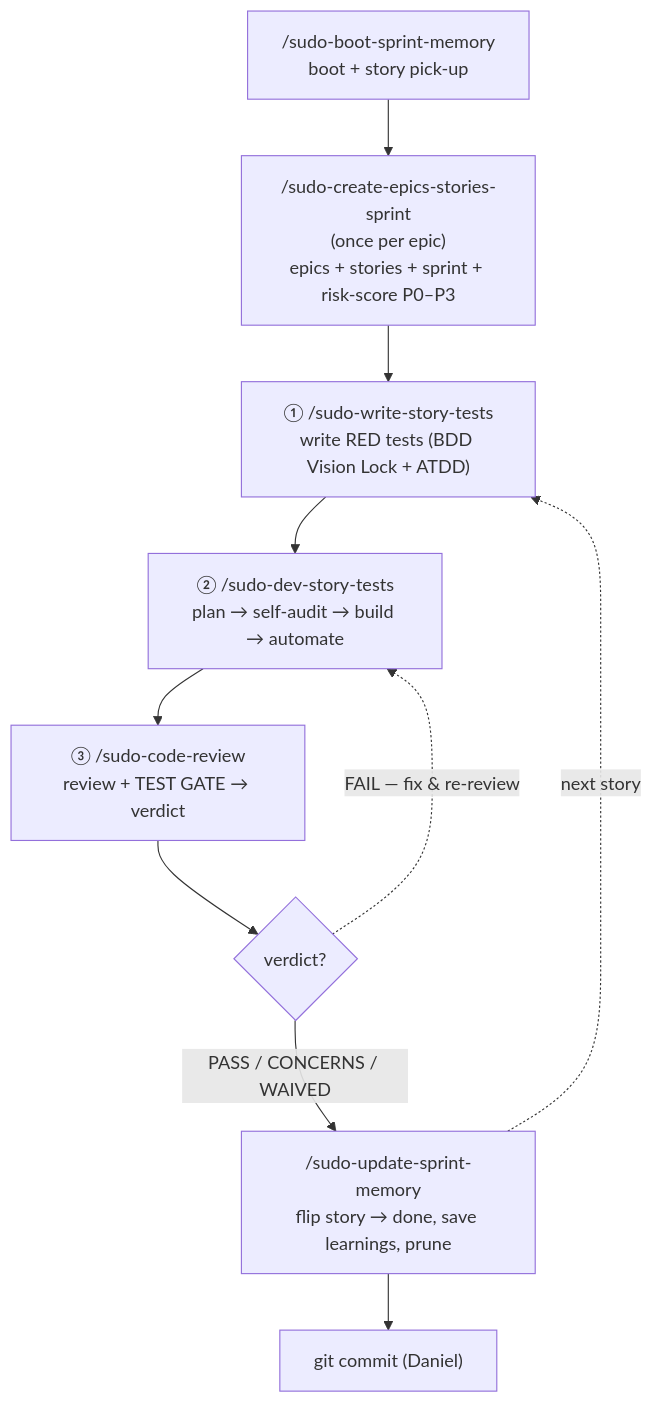
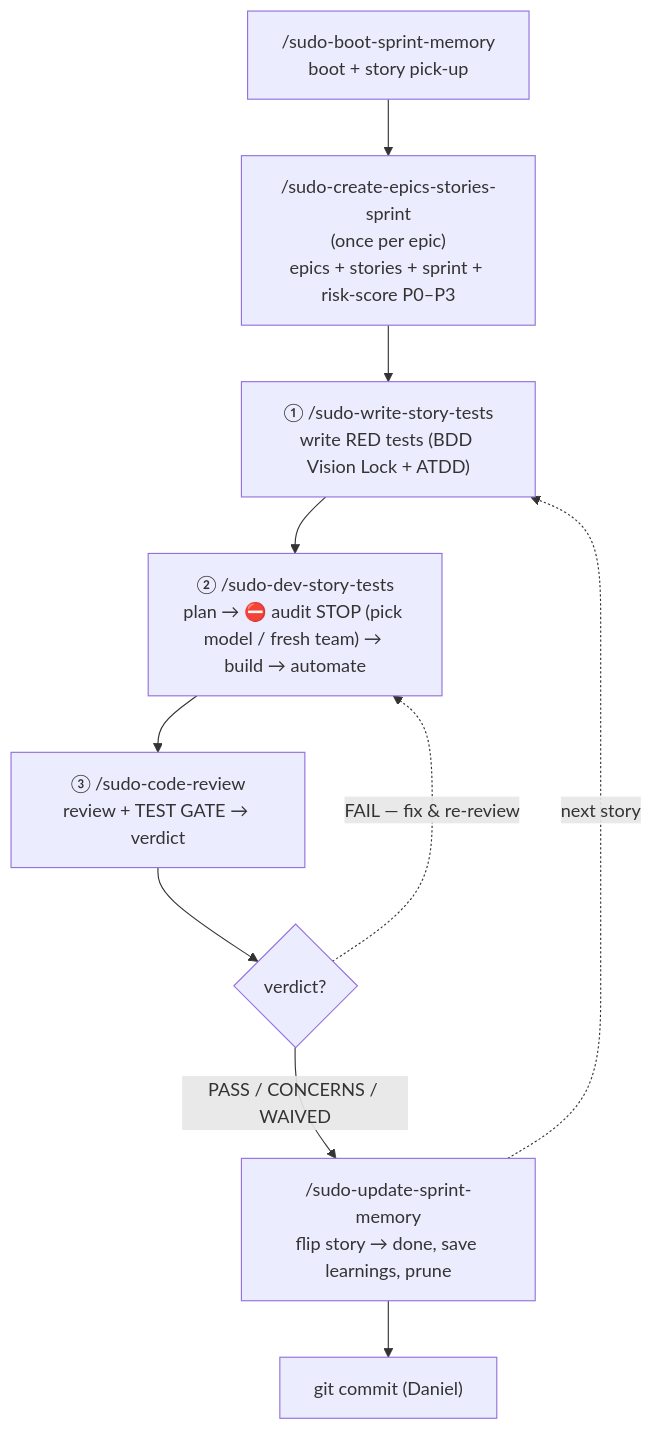
The second of 3 diagrams in _my_resources/diagrams_guides/workflows_tea_testing/sudo_workflows_testing.md (sudomadhatter/Sudo_Hatter_Command), drawn with Mermaid before and after one commit. The commit also changed other lines of this file and 15 other files, not shown here.

Commit message:
feat: add BDD and dev story test workflow commands and documentation for autopilot and manual execution

````diff
--- a/_my_resources/diagrams_guides/workflows_tea_testing/sudo_workflows_testing.md
+++ b/_my_resources/diagrams_guides/workflows_tea_testing/sudo_workflows_testing.md
@@ -596,12 +620,12 @@
 ```mermaid
 flowchart TD
     BOOT["/sudo-boot-sprint-memory<br/>boot + story pick-up"] --> KICK["/sudo-create-epics-stories-sprint<br/>(once per epic)<br/>epics + stories + sprint + risk-score P0–P3"]
     KICK --> W["① /sudo-write-story-tests<br/>write RED tests (BDD Vision Lock + ATDD)"]
-    W --> DEV["② /sudo-dev-story-tests<br/>plan → self-audit → build → automate"]
+    W --> DEV["② /sudo-dev-story-tests<br/>plan → ⛔ audit STOP (pick model / fresh team) → build → automate"]
     DEV --> CR["③ /sudo-code-review<br/>review + TEST GATE → verdict"]
     CR --> GATE{"verdict?"}
     GATE -->|"PASS / CONCERNS / WAIVED"| UPD["/sudo-update-sprint-memory<br/>flip story → done, save learnings, prune"]
     GATE -.->|"FAIL — fix & re-review"| DEV
     UPD --> COMMIT["git commit (Daniel)"]
     UPD -.->|"next story"| W
 ```
````
